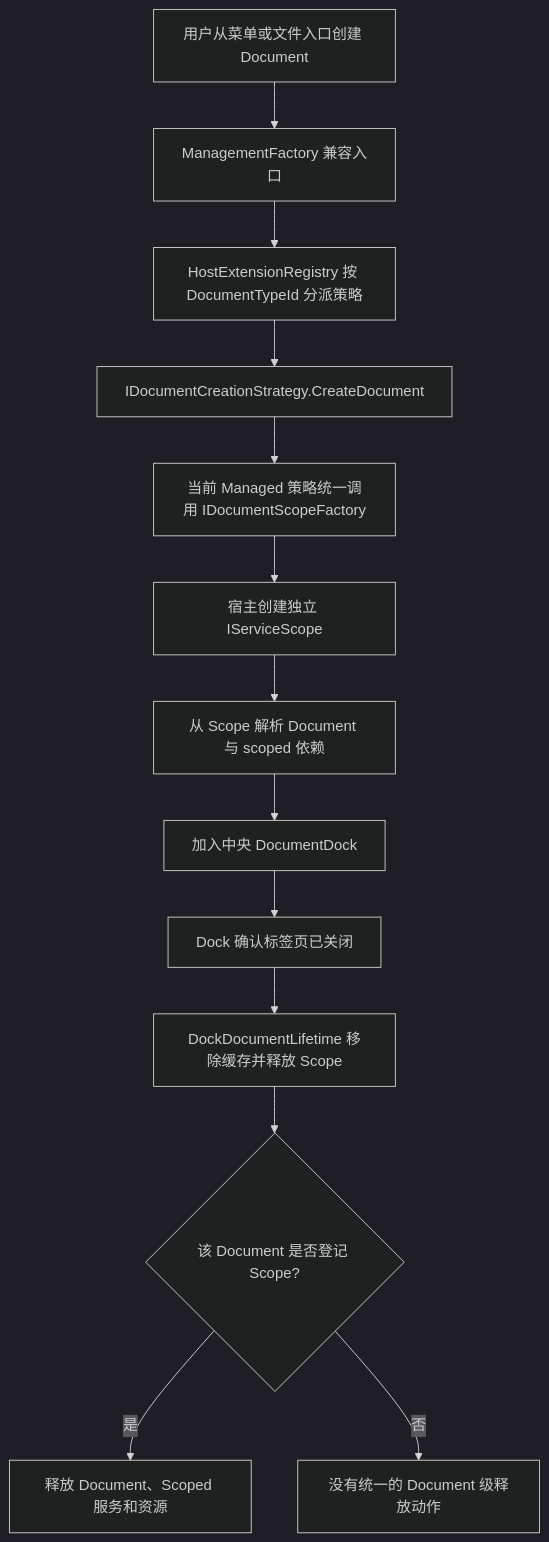
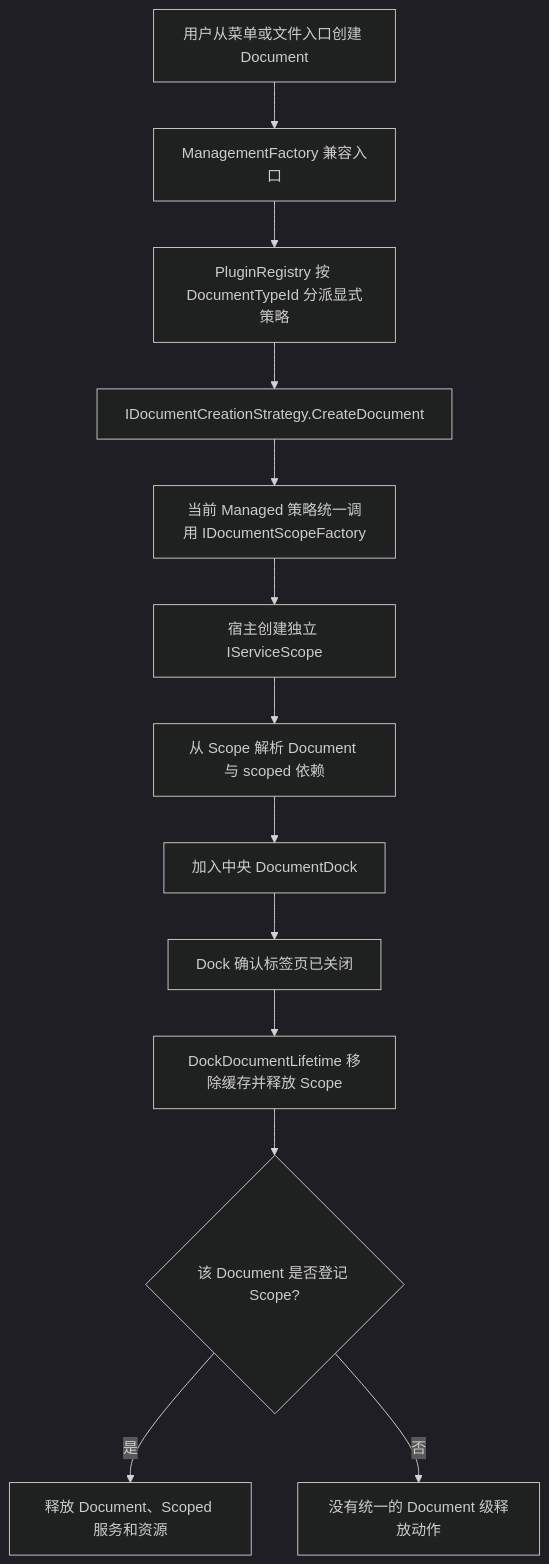
Before and after one commit to crownclowngx/avalonia_dock_simple_test: the third of 5 diagrams in docs/design/host-plugin-architecture-review.md, drawn with Mermaid (dark theme). The commit also changed other lines of this file and 71 other files, not shown here.

First line of the commit message:
refactor(plugin): 完成 G5 显式贡献与 Plugin Registry

````diff
--- a/docs/design/host-plugin-architecture-review.md
+++ b/docs/design/host-plugin-architecture-review.md
@@ -132,15 +136,15 @@
 ```mermaid
 flowchart TD
     User["用户从菜单或文件入口创建 Document"] --> Host["ManagementFactory 兼容入口"]
-    Host --> Registry["HostExtensionRegistry 按 DocumentTypeId 分派策略"]
+    Host --> Registry["PluginRegistry 按 DocumentTypeId 分派显式策略"]
     Registry --> Strategy["IDocumentCreationStrategy.CreateDocument"]
     Strategy --> Choice["当前 Managed 策略统一调用 IDocumentScopeFactory"]
     Choice --> Scope["宿主创建独立 IServiceScope"]
     Scope --> Resolve["从 Scope 解析 Document 与 scoped 依赖"]
     Resolve --> Dock["加入中央 DocumentDock"]
     Dock --> Close["Dock 确认标签页已关闭"]
     Close --> Release["DockDocumentLifetime 移除缓存并释放 Scope"]
     Release --> Managed{"该 Document 是否登记 Scope?"}
     Managed -- "是" --> Dispose["释放 Document、Scoped 服务和资源"]
     Managed -- "否" --> End["没有统一的 Document 级释放动作"]
 ```
````
